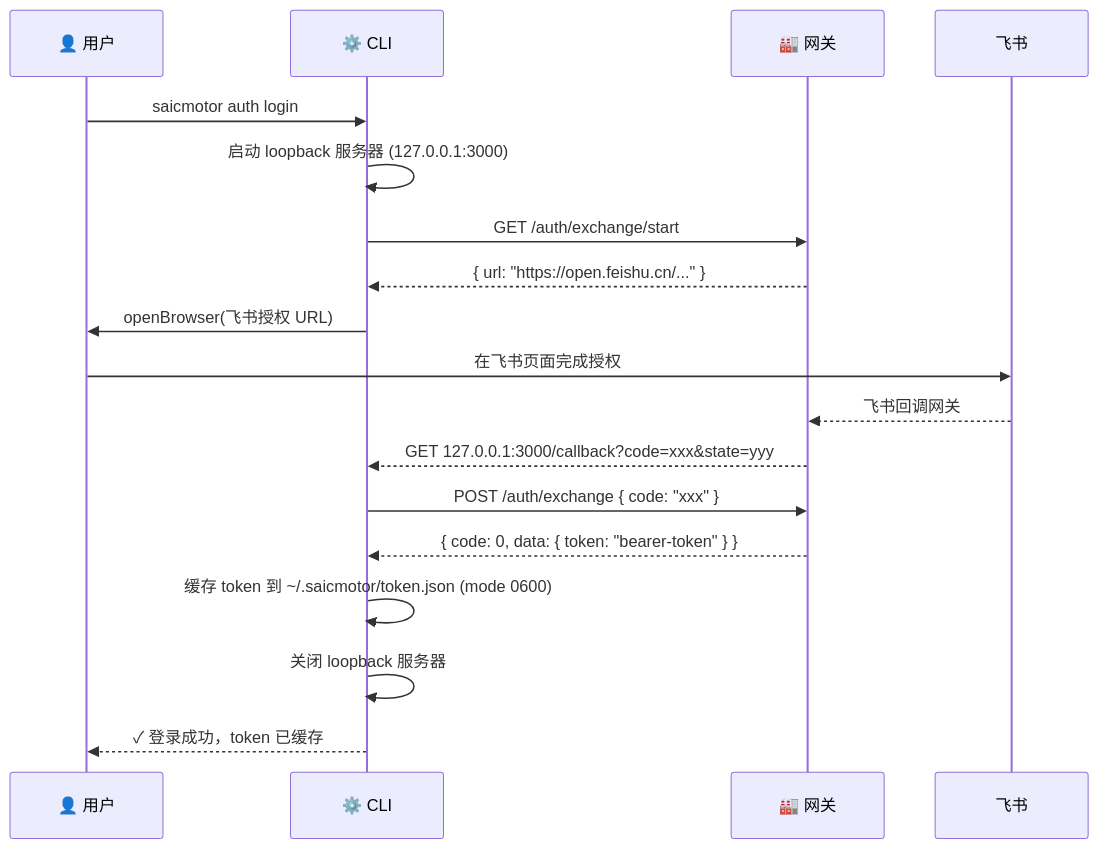
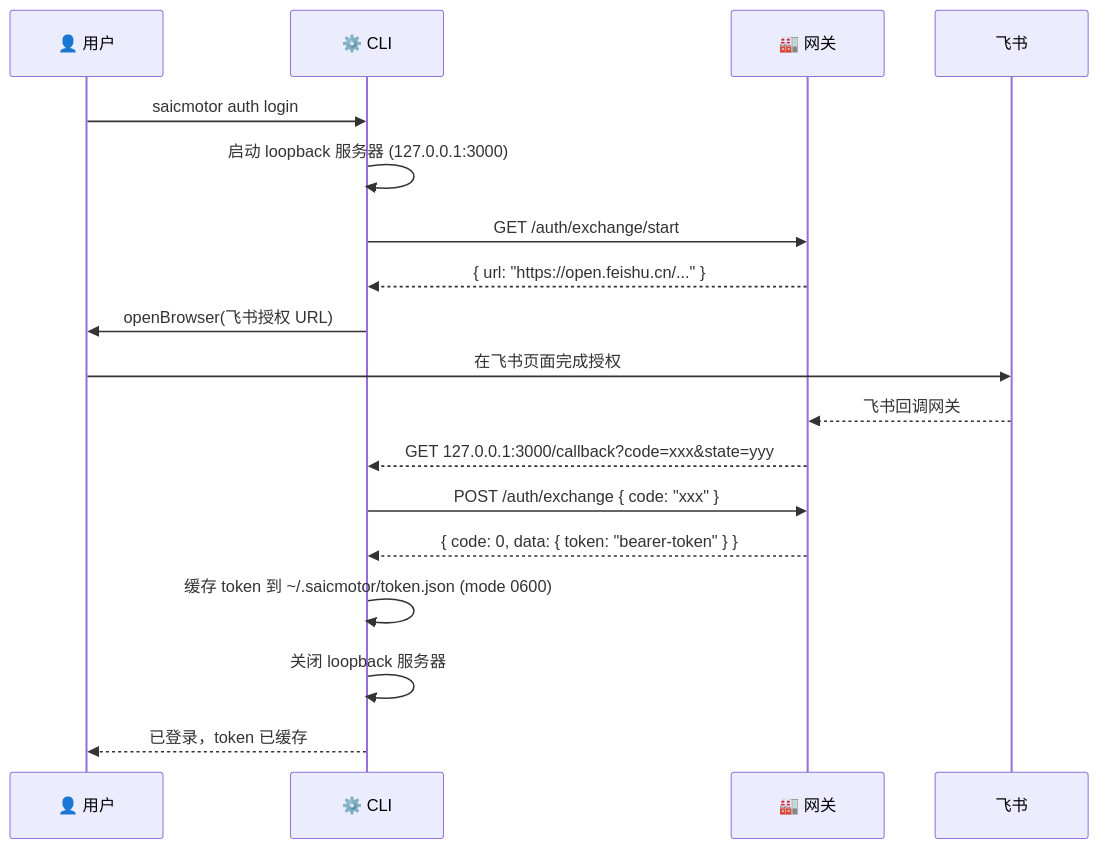
One commit to a5535772/saicmotor-cli changed the first of 4 diagrams in howto/framework-v2/07-auth-flow.md. Above: the diagram before and after it, drawn with Mermaid. The commit also changed other lines of this file and 2 other files, not shown here.

Commit message:
docs: framework-v2 安装/认证/配置文档对齐窄化 Config 和去 token 前缀

````diff
--- a/howto/framework-v2/07-auth-flow.md
+++ b/howto/framework-v2/07-auth-flow.md
@@ -18,26 +18,26 @@
 ```mermaid
 sequenceDiagram
     participant U as 👤 用户
     participant C as ⚙️ CLI
     participant GW as 🏭 网关
     participant FS as 飞书
 
     U->>C: saicmotor auth login
     C->>C: 启动 loopback 服务器 (127.0.0.1:3000)
 
     C->>GW: GET /auth/exchange/start
     GW-->>C: { url: "https://open.feishu.cn/..." }
 
     C->>U: openBrowser(飞书授权 URL)
     U->>FS: 在飞书页面完成授权
     FS-->>GW: 飞书回调网关
     GW-->>C: GET 127.0.0.1:3000/callback?code=xxx&state=yyy
 
     C->>GW: POST /auth/exchange { code: "xxx" }
     GW-->>C: { code: 0, data: { token: "bearer-token" } }
 
     C->>C: 缓存 token 到 ~/.saicmotor/token.json (mode 0600)
     C->>C: 关闭 loopback 服务器
 
-    C-->>U: ✓ 登录成功，token 已缓存
+    C-->>U: 已登录，token 已缓存
 ```
````
